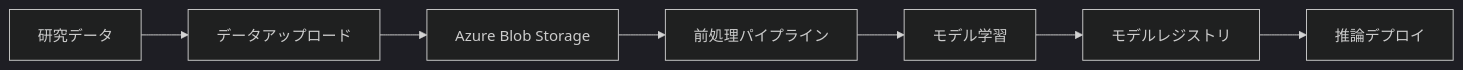
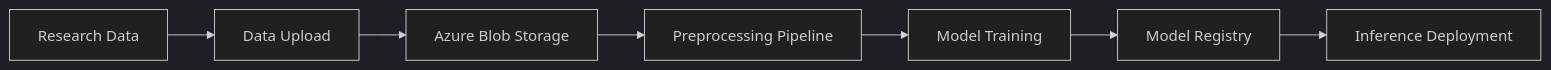
One commit to nahisaho/spread1000-builder changed the second of 2 diagrams in src/skills/spread1000-azure-architect/assets/architecture-template.md. Above: the diagram before and after it, drawn with Mermaid (dark theme). The commit also changed other lines of this file and 31 other files, not shown here.

````diff
--- a/src/skills/spread1000-azure-architect/assets/architecture-template.md
+++ b/src/skills/spread1000-azure-architect/assets/architecture-template.md
@@ -60,9 +60,9 @@
 ```mermaid
 flowchart LR
-    Data[研究データ] --> Upload[データアップロード]
+    Data[Research Data] --> Upload[Data Upload]
     Upload --> Blob[Azure Blob Storage]
-    Blob --> Preprocess[前処理パイプライン]
-    Preprocess --> Train[モデル学習]
-    Train --> Registry[モデルレジストリ]
-    Registry --> Deploy[推論デプロイ]
+    Blob --> Preprocess[Preprocessing Pipeline]
+    Preprocess --> Train[Model Training]
+    Train --> Registry[Model Registry]
+    Registry --> Deploy[Inference Deployment]
 ```
````
